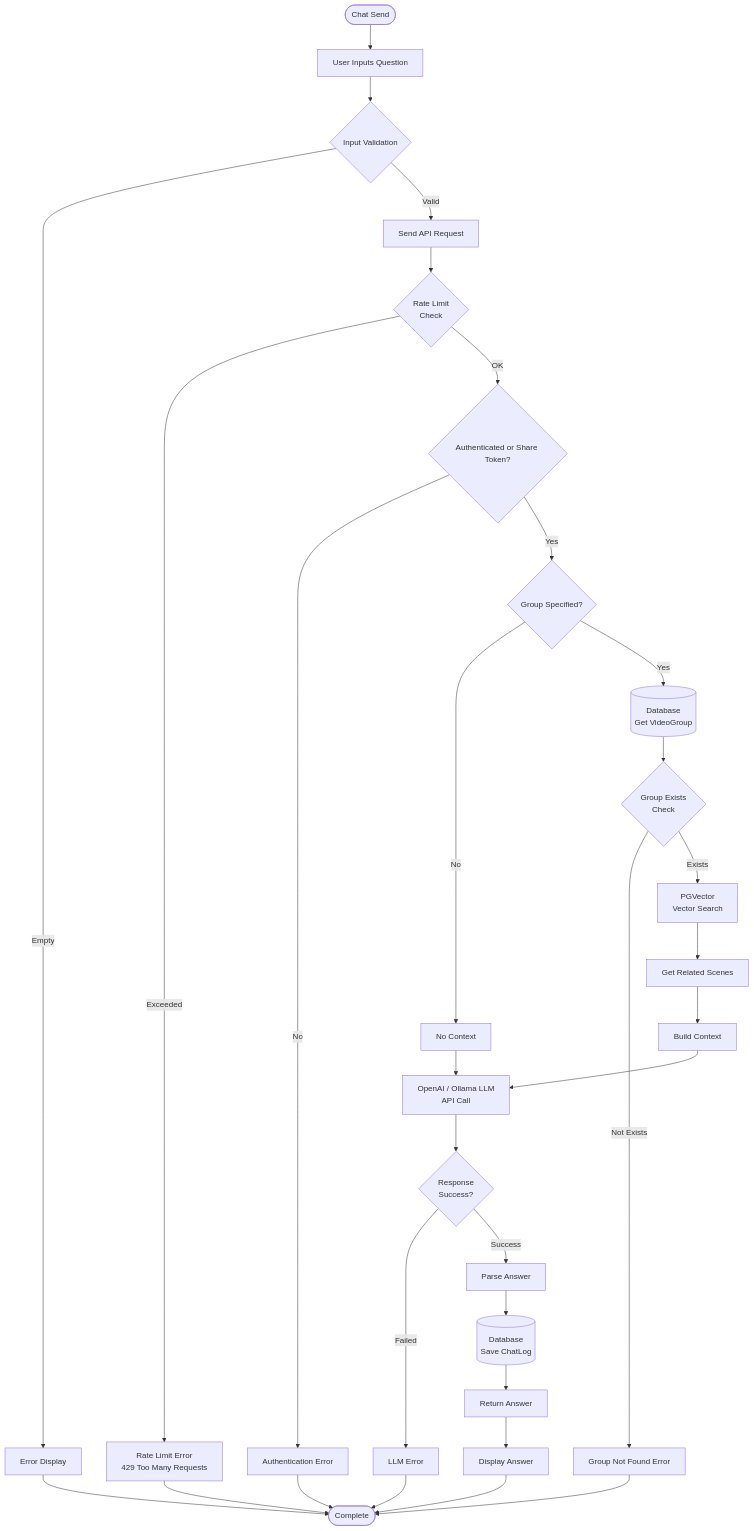
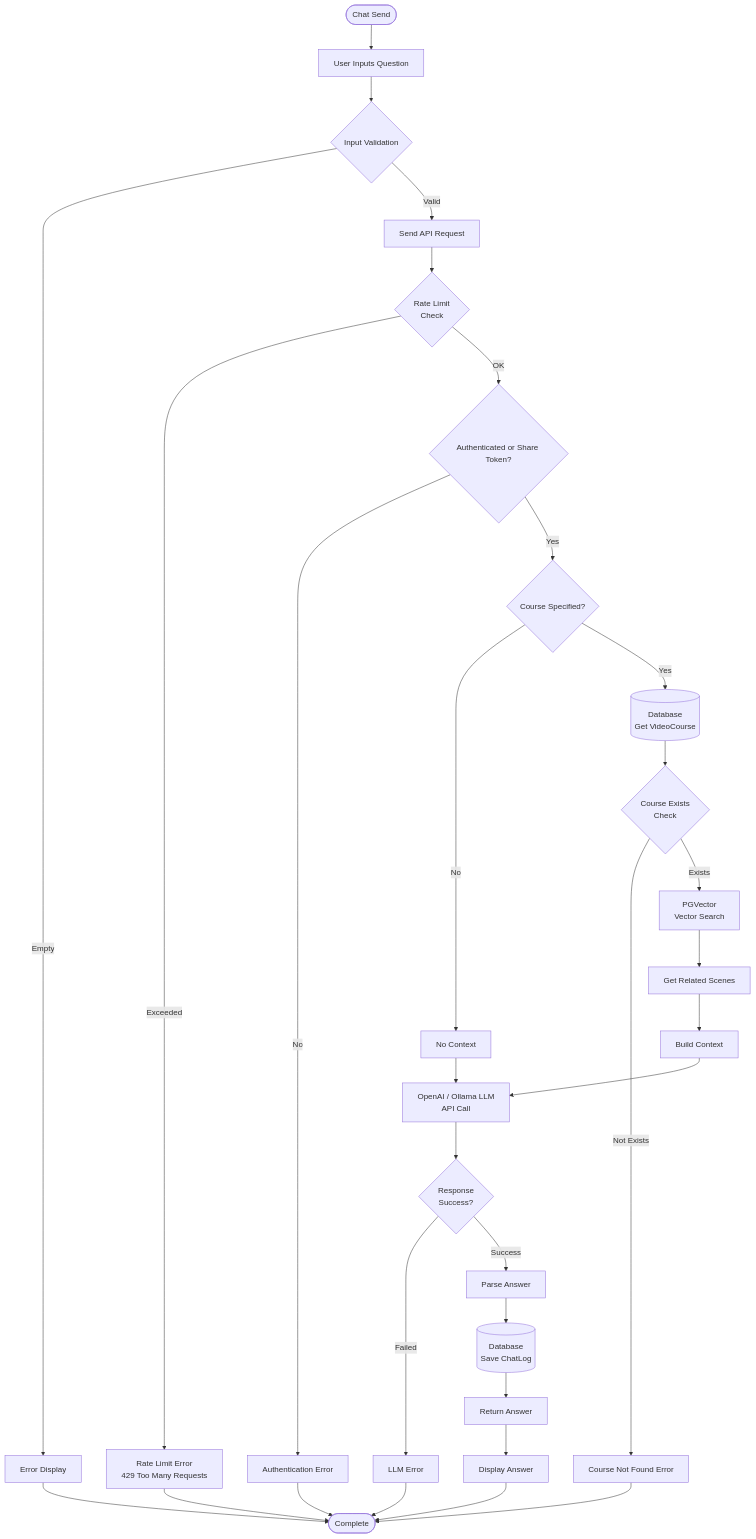
One commit to yukiharada1228/videoq changed the second of 11 diagrams in docs/architecture/flowchart.md. Above: the diagram before and after it, drawn with Mermaid. The commit also changed other lines of this file and 140 other files, not shown here.

````diff
--- a/docs/architecture/flowchart.md
+++ b/docs/architecture/flowchart.md
@@ -64,34 +64,34 @@
 ```mermaid
 flowchart TD
     Start([Chat Send]) --> Input[User Inputs Question]
     Input --> Validate1{Input Validation}
     Validate1 -->|Empty| Error1[Error Display]
     Validate1 -->|Valid| Send[Send API Request]
     Send --> RateLimit{"Rate Limit<br>Check"}
     RateLimit -->|Exceeded| Error6[Rate Limit Error<br/>429 Too Many Requests]
     RateLimit -->|OK| Auth{Authenticated or Share Token?}
     Auth -->|No| Error2[Authentication Error]
-    Auth -->|Yes| CheckGroup{Group Specified?}
-    CheckGroup -->|No| NoContext[No Context]
-    CheckGroup -->|Yes| GetGroup[(Database<br/>Get VideoGroup)]
-    GetGroup --> ValidateGroup{"Group Exists<br>Check"}
-    ValidateGroup -->|Not Exists| Error4[Group Not Found Error]
+    Auth -->|Yes| CheckCourse{Course Specified?}
+    CheckCourse -->|No| NoContext[No Context]
+    CheckCourse -->|Yes| GetCourse[(Database<br/>Get VideoCourse)]
+    GetCourse --> ValidateGroup{"Course Exists<br>Check"}
+    ValidateGroup -->|Not Exists| Error4[Course Not Found Error]
     ValidateGroup -->|Exists| VectorSearch[PGVector<br/>Vector Search]
     VectorSearch --> GetScenes[Get Related Scenes]
     GetScenes --> BuildContext[Build Context]
     BuildContext --> CallLLM[OpenAI / Ollama LLM<br/>API Call]
     NoContext --> CallLLM
     CallLLM --> CheckResponse{"Response<br>Success?"}
     CheckResponse -->|Failed| Error5[LLM Error]
     CheckResponse -->|Success| ParseAnswer[Parse Answer]
     ParseAnswer --> SaveLog[(Database<br/>Save ChatLog)]
     SaveLog --> ReturnAnswer[Return Answer]
     ReturnAnswer --> Display[Display Answer]
     Display --> End([Complete])
     
     Error1 --> End
     Error2 --> End
     Error4 --> End
     Error5 --> End
     Error6 --> End
 ```
````
